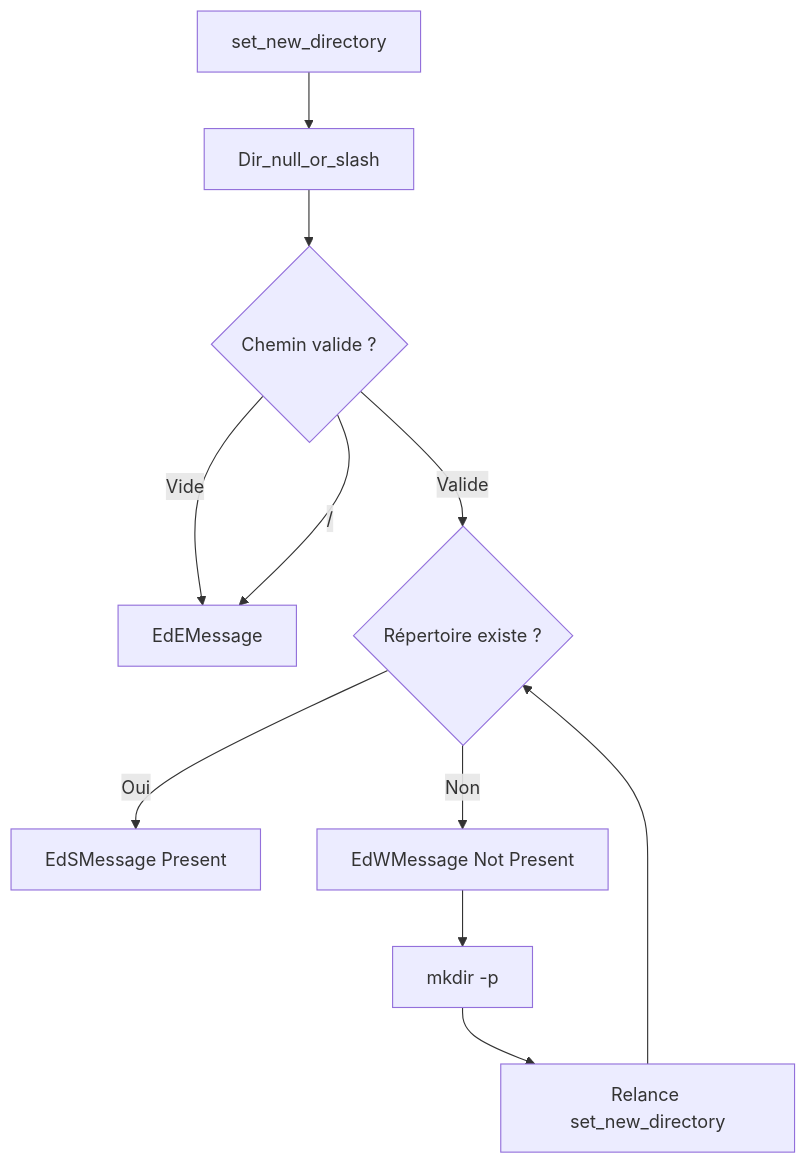
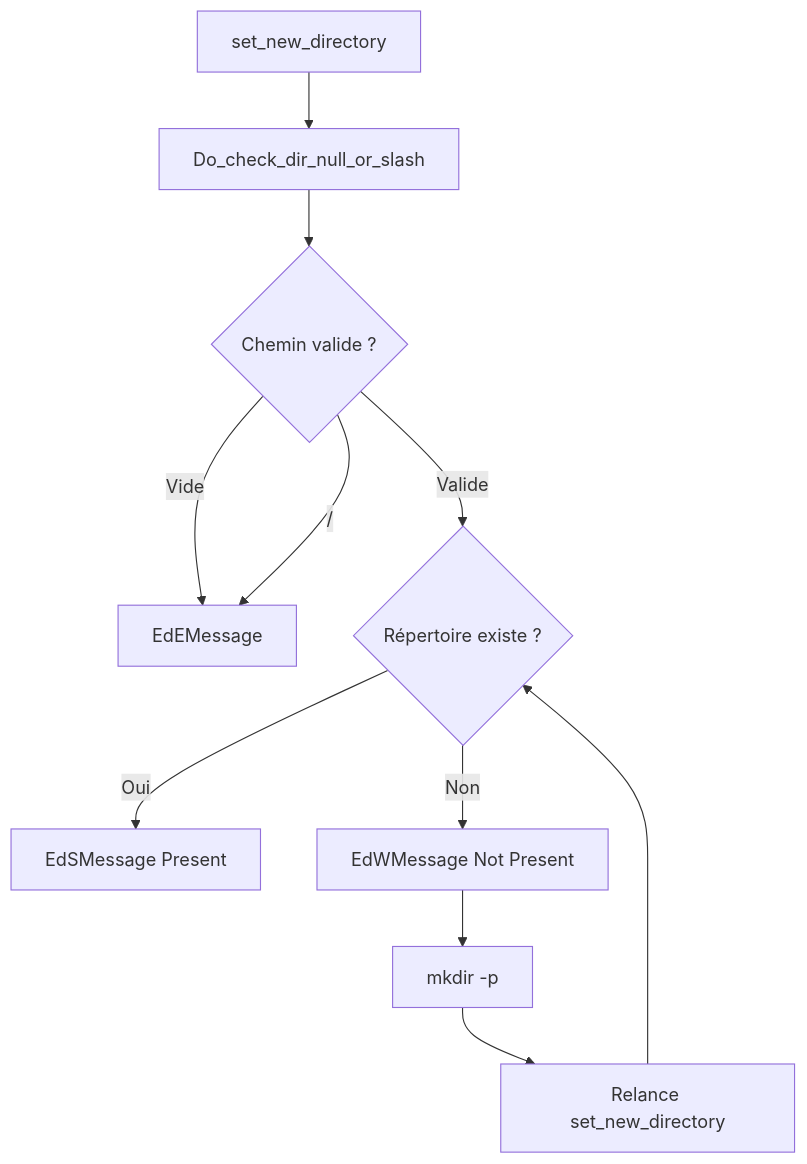
Before and after one commit to Doraken/CAST_core: the second of 3 diagrams in README.md, drawn with Mermaid. The commit also changed other lines of this file and 2 other files, not shown here.

````diff
--- a/README.md
+++ b/README.md
@@ -111,16 +117,16 @@
 ```mermaid
 flowchart TD
-    A[set_new_directory] --> B[Dir_null_or_slash]
+    A[set_new_directory] --> B[Do_check_dir_null_or_slash]
     B --> C{Chemin valide ?}
 
     C -->|Vide| X[EdEMessage]
     C -->|/| X
     C -->|Valide| D{Répertoire existe ?}
 
     D -->|Oui| E[EdSMessage Present]
     D -->|Non| F[EdWMessage Not Present]
     F --> G[mkdir -p]
     G --> H[Relance set_new_directory]
     H --> D
 
 ```
````
